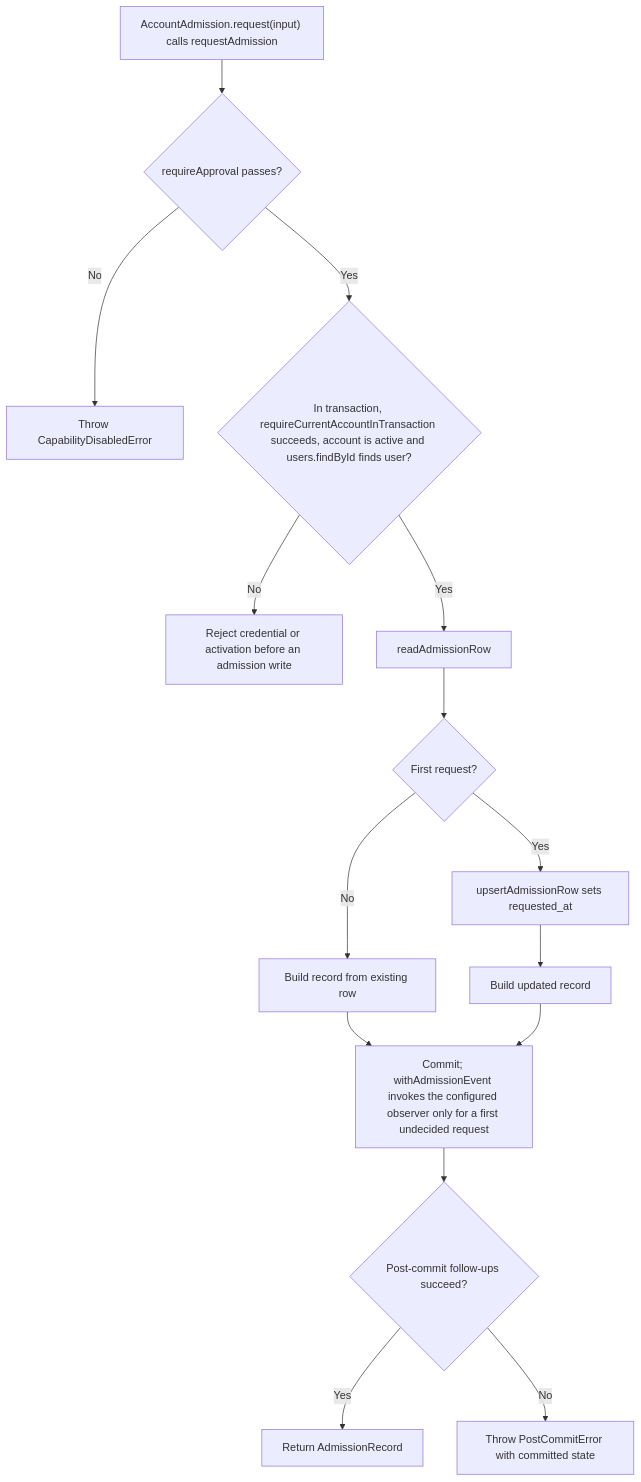
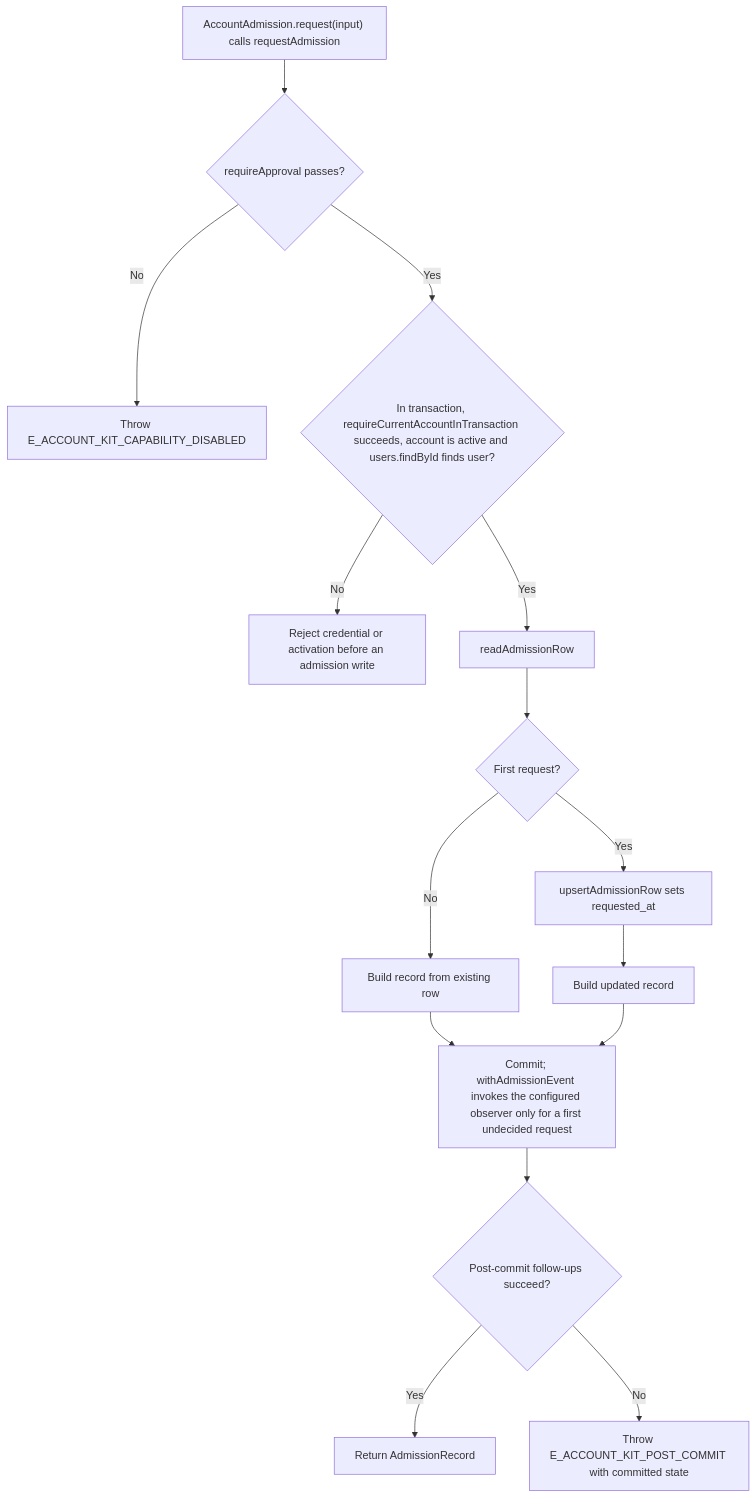
One commit to Kevinjohn/oss-adonisjs-account-kit changed the second of 2 diagrams in user-stories/US-ACCOUNT-24-request-admission.md. Above: the diagram before and after it, drawn with Mermaid. The commit also changed other lines of this file and 362 other files, not shown here.

````diff
--- a/user-stories/US-ACCOUNT-24-request-admission.md
+++ b/user-stories/US-ACCOUNT-24-request-admission.md
@@ -37,17 +37,17 @@
 ```mermaid
 flowchart TD
  A["AccountAdmission.request(input) calls requestAdmission"] --> B{"requireApproval passes?"}
- B -->|No| X["Throw CapabilityDisabledError"]
+ B -->|No| X["Throw E_ACCOUNT_KIT_CAPABILITY_DISABLED"]
  B -->|Yes| C{"In transaction, requireCurrentAccountInTransaction succeeds, account is active and users.findById finds user?"}
  C -->|No| Y["Reject credential or activation before an admission write"]
  C -->|Yes| D["readAdmissionRow"]
  D --> E{"First request?"}
  E -->|Yes| F["upsertAdmissionRow sets requested_at"]
  E -->|No| G["Build record from existing row"]
  F --> H["Build updated record"]
  G --> I["Commit; withAdmissionEvent invokes the configured observer only for a first undecided request"]
  H --> I
  I --> J{"Post-commit follow-ups succeed?"}
  J -->|Yes| K["Return AdmissionRecord"]
- J -->|No| L["Throw PostCommitError with committed state"]
+ J -->|No| L["Throw E_ACCOUNT_KIT_POST_COMMIT with committed state"]
 ```
````
